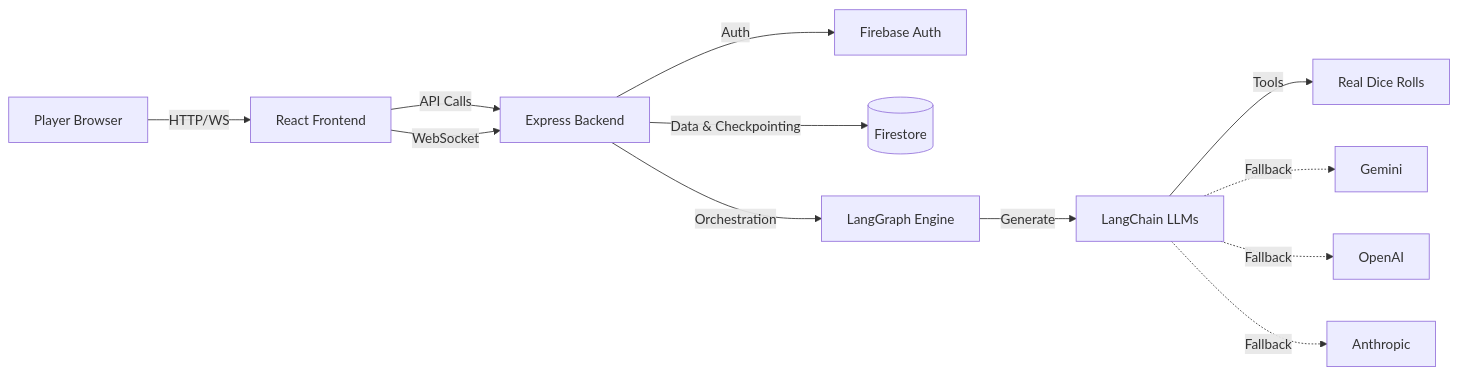
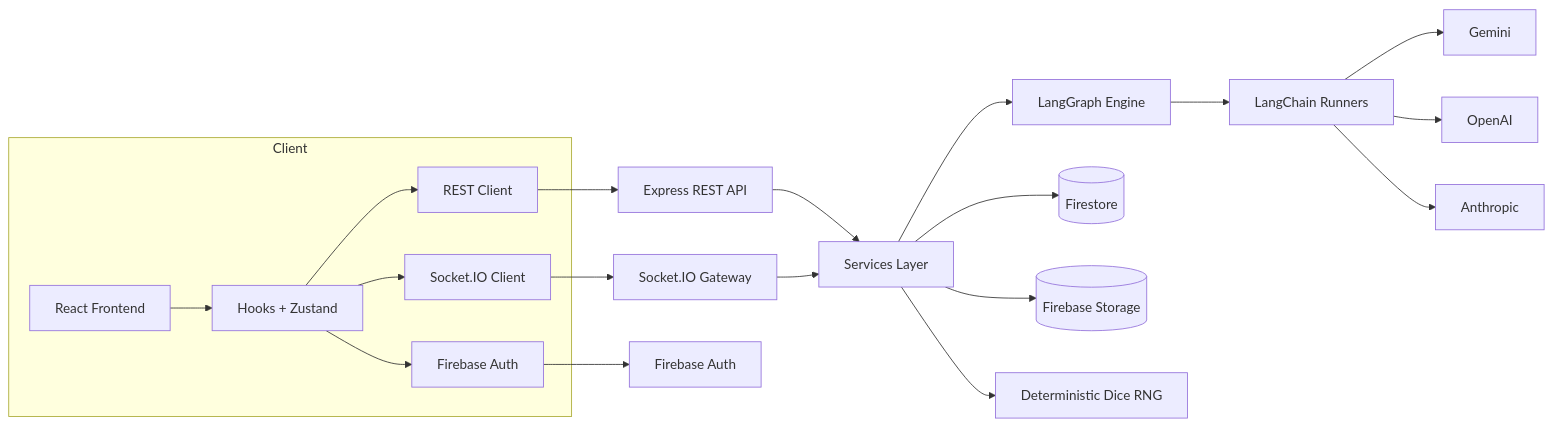
Before and after one commit to lguibr/daicer: the diagram in README.md, drawn with Mermaid. The commit also changed other lines of this file and 150 other files, not shown here.

````diff
--- a/README.md
+++ b/README.md
@@ -180,14 +41,24 @@
 ```mermaid
-graph LR
-    Player[Player Browser] -->|HTTP/WS| Frontend[React Frontend]
-    Frontend -->|API Calls| Backend[Express Backend]
-    Frontend -->|WebSocket| Backend
-    Backend -->|Auth| FirebaseAuth[Firebase Auth]
-    Backend -->|Data & Checkpointing| Firestore[(Firestore)]
-    Backend -->|Orchestration| LG[LangGraph Engine]
-    LG -->|Generate| LLM[LangChain LLMs]
-    LLM -->|Tools| Dice[Real Dice Rolls]
-    LLM -.->|Fallback| Gemini
-    LLM -.->|Fallback| OpenAI
-    LLM -.->|Fallback| Anthropic
+flowchart LR
+    subgraph Client
+        UI[React Frontend] --> Hooks[Hooks + Zustand]
+        Hooks --> SocketClient[Socket.IO Client]
+        Hooks --> RestClient[REST Client]
+        Hooks --> FirebaseClient[Firebase Auth]
+    end
+
+    SocketClient --> BackendSocket[Socket.IO Gateway]
+    RestClient --> BackendAPI[Express REST API]
+    FirebaseClient --> FirebaseAuth[Firebase Auth]
+
+    BackendAPI --> Services[Services Layer]
+    BackendSocket --> Services
+    Services --> LangGraph[LangGraph Engine]
+    Services --> Firestore[(Firestore)]
+    Services --> Storage[(Firebase Storage)]
+    LangGraph --> LangChain[LangChain Runners]
+    LangChain --> Gemini
+    LangChain --> OpenAI
+    LangChain --> Anthropic
+    Services --> Dice[Deterministic Dice RNG]
 ```
````
